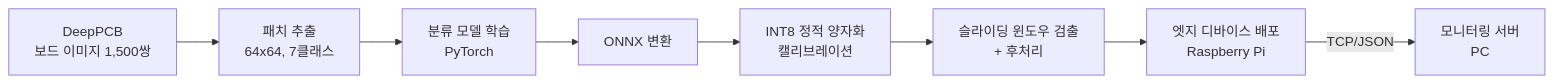
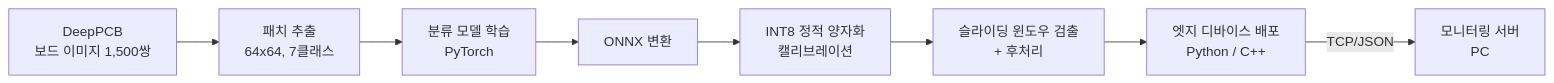
Before and after one commit to sokldjs554/ondevice-pcb-inspection: the diagram in README.md, drawn with Mermaid. The commit also changed other lines of this file and 1 other file, not shown here.

````diff
--- a/README.md
+++ b/README.md
@@ -23,10 +24,10 @@
 ```mermaid
 flowchart LR
     A[DeepPCB<br>보드 이미지 1,500쌍] --> B[패치 추출<br>64x64, 7클래스]
     B --> C[분류 모델 학습<br>PyTorch]
     C --> D[ONNX 변환]
     D --> E[INT8 정적 양자화<br>캘리브레이션]
     E --> F[슬라이딩 윈도우 검출<br>+ 후처리]
-    F --> G[엣지 디바이스 배포<br>Raspberry Pi]
+    F --> G[엣지 디바이스 배포<br>Python / C++]
     G -->|TCP/JSON| H[모니터링 서버<br>PC]
 ```
````
